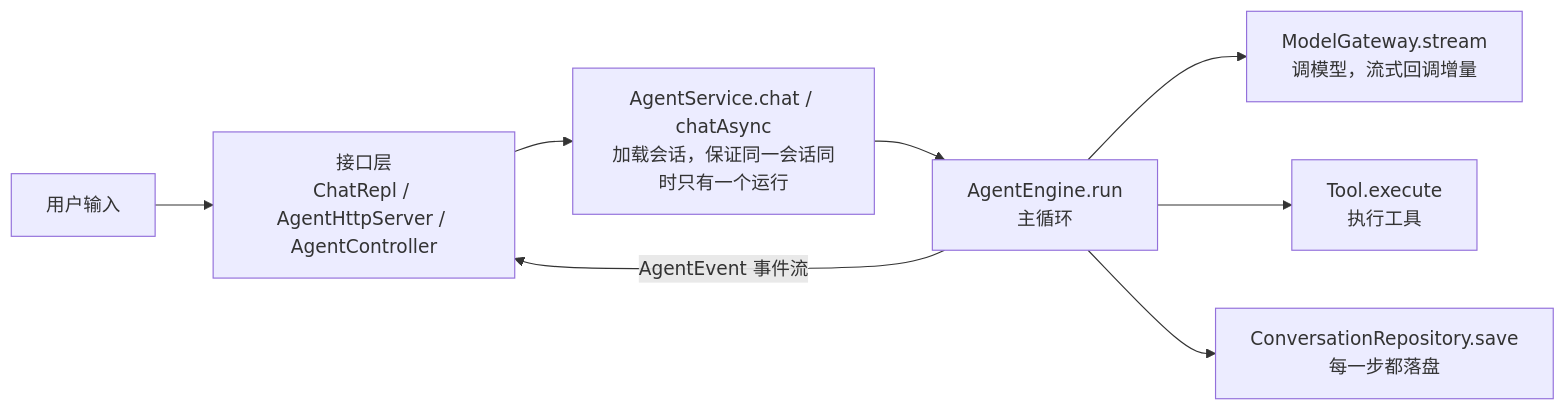
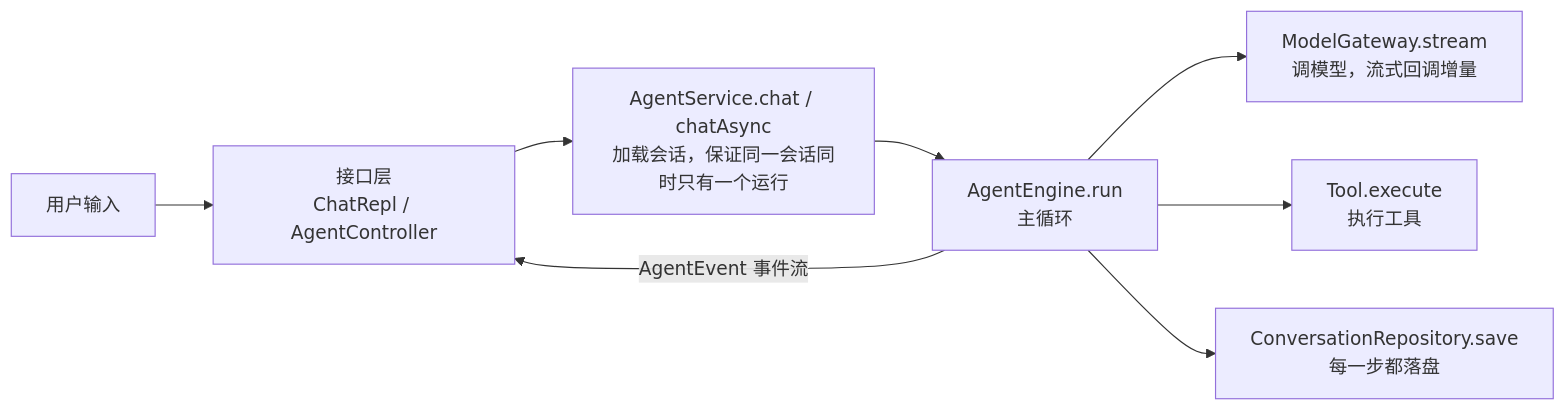
The fifth of 5 diagrams in docs/01-architecture.md (stackJx/agent-java), drawn with Mermaid before and after one commit. The commit also changed other lines of this file and 40 other files, not shown here.

````diff
--- a/docs/01-architecture.md
+++ b/docs/01-architecture.md
@@ -189,10 +182,10 @@
 ```mermaid
 flowchart LR
-    U["用户输入"] --> I["接口层<br/>ChatRepl / AgentHttpServer / AgentController"]
+    U["用户输入"] --> I["接口层<br/>ChatRepl / AgentController"]
     I --> S["AgentService.chat / chatAsync<br/>加载会话，保证同一会话同时只有一个运行"]
     S --> E["AgentEngine.run<br/>主循环"]
     E --> M["ModelGateway.stream<br/>调模型，流式回调增量"]
     E --> T["Tool.execute<br/>执行工具"]
     E --> R["ConversationRepository.save<br/>每一步都落盘"]
     E -- "AgentEvent 事件流" --> I
 ```
````
